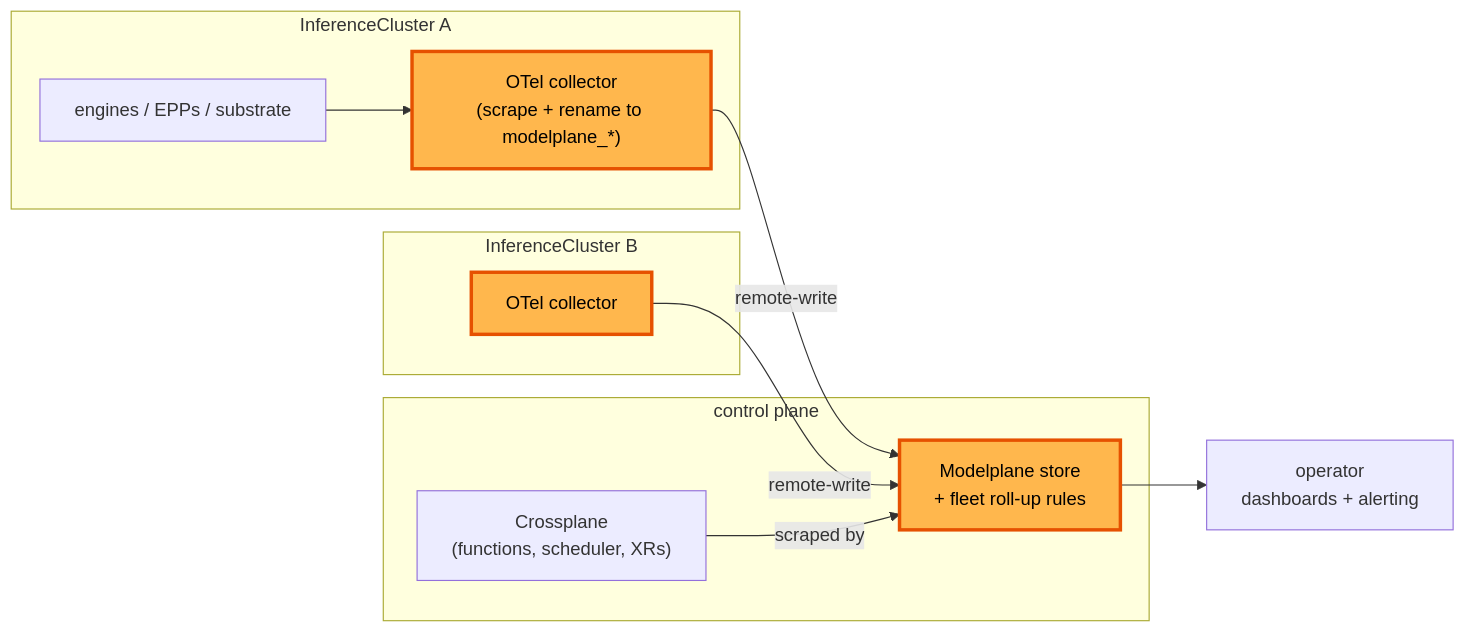
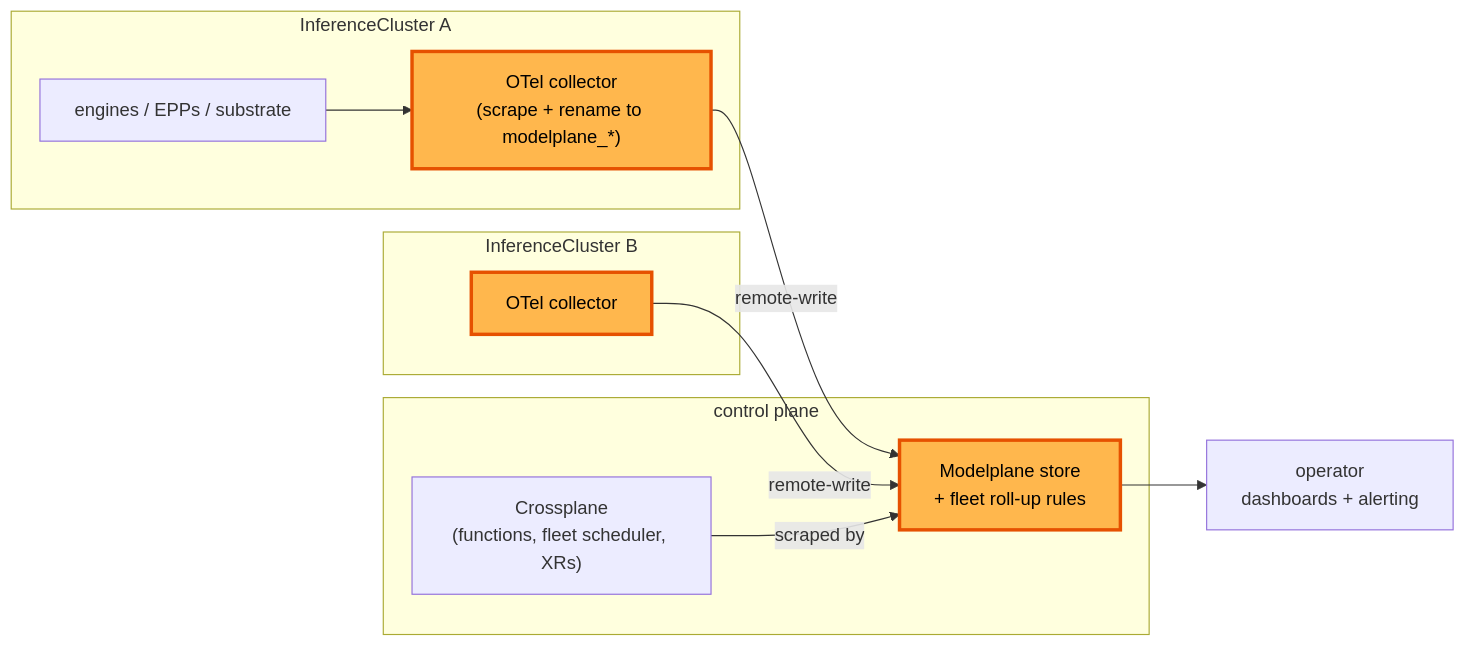
One commit to modelplaneai/modelplane changed the diagram in design/metrics.md. Above: the diagram before and after it, drawn with Mermaid. The commit also changed other lines of this file, not shown here.

First line of the commit message:
Stress-test cleanup: managed kube-scheduler, planner framing, error row

````diff
--- a/design/metrics.md
+++ b/design/metrics.md
@@ -223,22 +225,22 @@
 ```mermaid
 flowchart LR
     subgraph icA["InferenceCluster A"]
         SA["engines / EPPs / substrate"]
         CA["OTel collector\n(scrape + rename to modelplane_*)"]
     end
     subgraph icB["InferenceCluster B"]
         CB["OTel collector"]
     end
     subgraph cp["control plane"]
-        XP["Crossplane\n(functions, scheduler, XRs)"]
+        XP["Crossplane\n(functions, fleet scheduler, XRs)"]
         CENT["Modelplane store\n+ fleet roll-up rules"]
     end
     OP["operator\ndashboards + alerting"]
     SA --> CA
     CA -->|remote-write| CENT
     CB -->|remote-write| CENT
     XP -->|scraped by| CENT
     CENT --> OP
     classDef new fill:#ffb74d,stroke:#e65100,stroke-width:3px,color:#000;
     class CENT,CA,CB new
 ```
````
